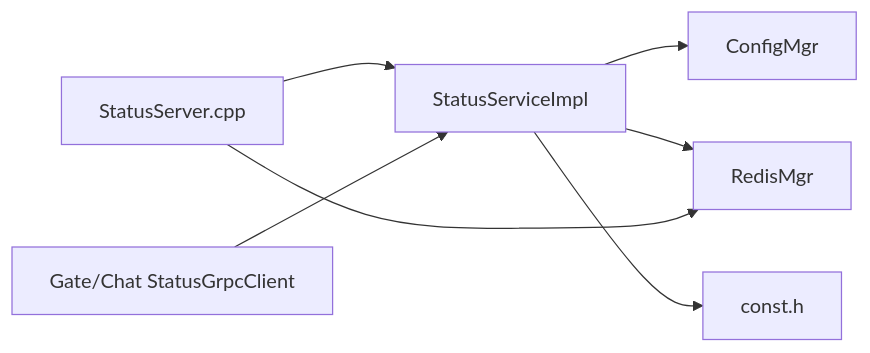
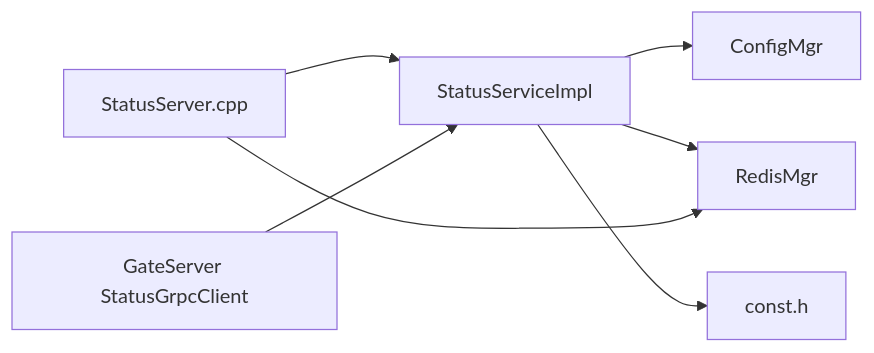
One commit to echo9923/mychatter changed the fifth of 5 diagrams in .qoder/repowiki/zh/content/架构设计/微服务架构设计/StatusServer状态管理服务.md. Above: the diagram before and after it, drawn with Mermaid. The commit also changed other lines of this file and 107 other files, not shown here.

````diff
--- a/.qoder/repowiki/zh/content/架构设计/微服务架构设计/StatusServer状态管理服务.md
+++ b/.qoder/repowiki/zh/content/架构设计/微服务架构设计/StatusServer状态管理服务.md
@@ -331,9 +276,9 @@
 ```mermaid
 graph LR
 Impl["StatusServiceImpl"] --> Cfg["ConfigMgr"]
 Impl --> Rds["RedisMgr"]
 Impl --> Const["const.h"]
 Main["StatusServer.cpp"] --> Impl
 Main --> Rds
-Callers["Gate/Chat StatusGrpcClient"] --> Impl
+Callers["GateServer StatusGrpcClient"] --> Impl
 ```
````
